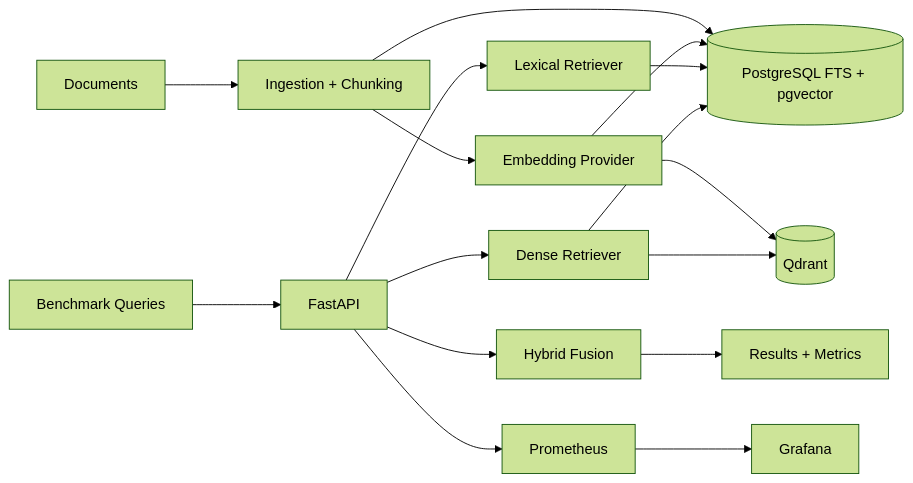
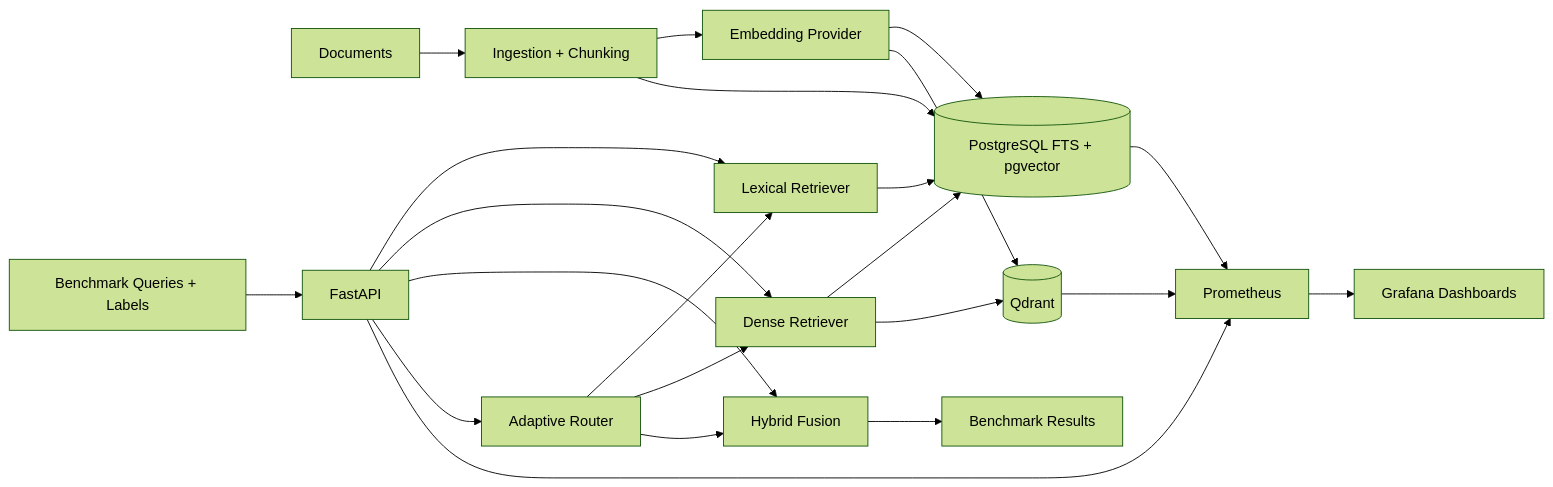
The diagram in README.md (Moviw/RAG-System-Retrieval-Benchmark), drawn with Mermaid (forest theme) before and after one commit. The commit also changed other lines of this file and 4 other files, not shown here.

````diff
--- a/README.md
+++ b/README.md
@@ -9,18 +21,24 @@
 ```mermaid
 flowchart LR
     D[Documents] --> I[Ingestion + Chunking]
     I --> E[Embedding Provider]
     I --> PG[(PostgreSQL FTS + pgvector)]
     E --> PG
     E --> Q[(Qdrant)]
-    Qry[Benchmark Queries] --> API[FastAPI]
+    Qry[Benchmark Queries + Labels] --> API[FastAPI]
     API --> L[Lexical Retriever]
     API --> V[Dense Retriever]
     API --> H[Hybrid Fusion]
+    API --> A[Adaptive Router]
     L --> PG
     V --> PG
     V --> Q
-    H --> R[Results + Metrics]
+    H --> R[Benchmark Results]
+    A --> L
+    A --> V
+    A --> H
     API --> M[Prometheus]
-    M --> G[Grafana]
+    PG --> M
+    Q --> M
+    M --> G[Grafana Dashboards]
 ```
````
